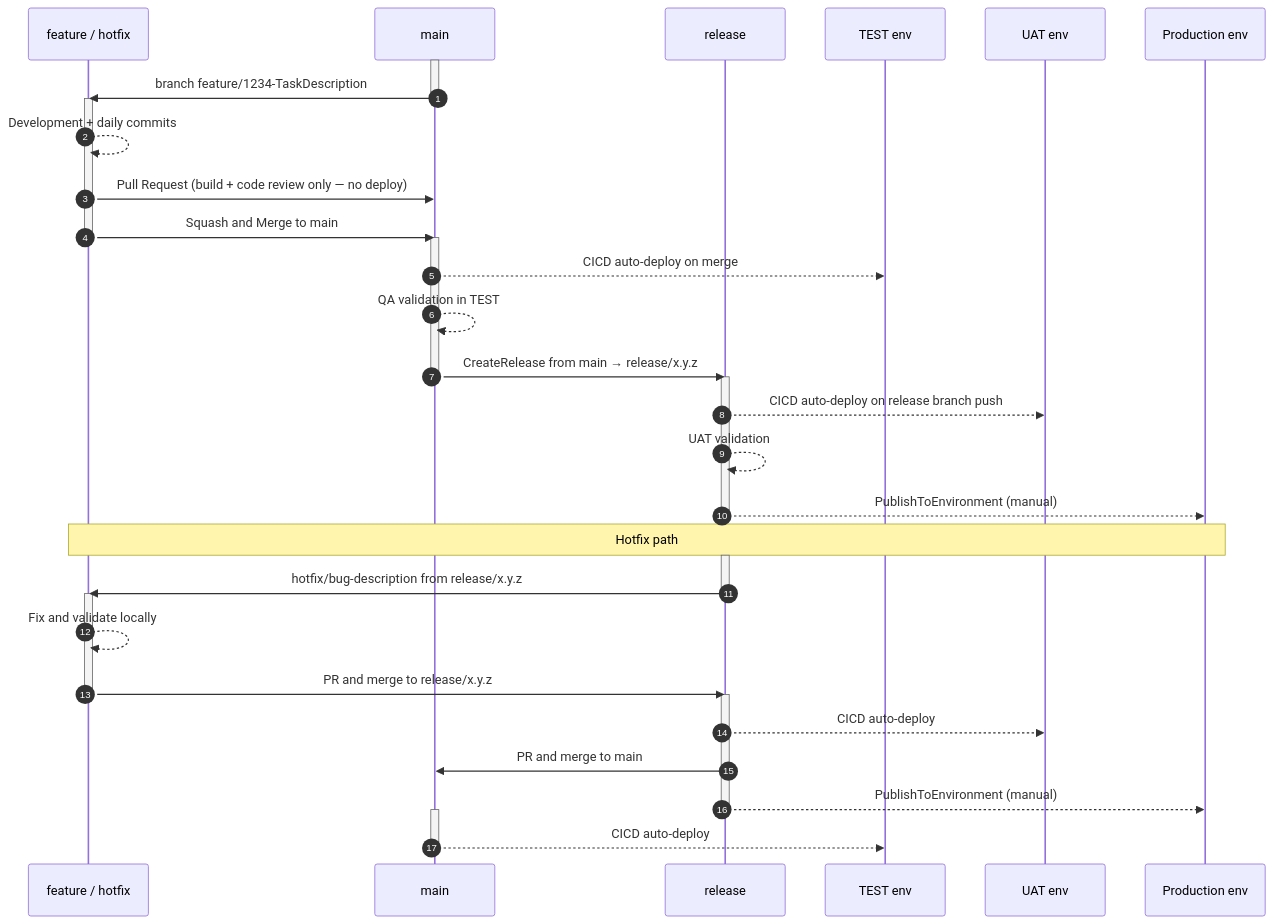
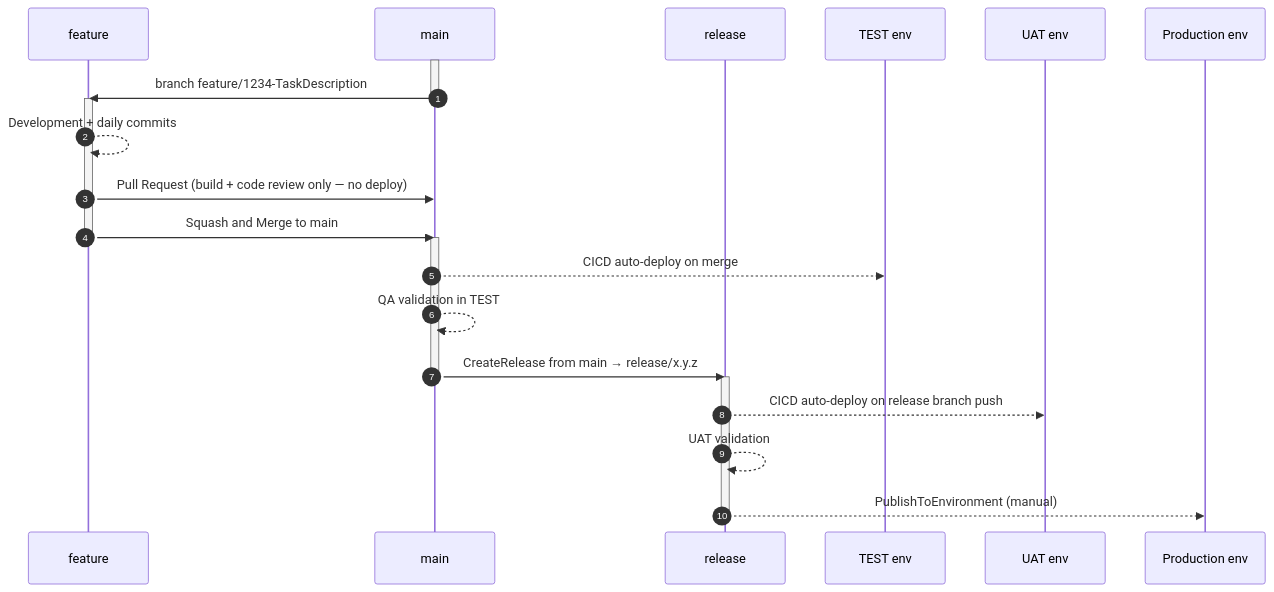
One commit to ciellosinc/Ciellos-BC-git-flow-template changed the second of 2 diagrams in Guides/ALGo-StandardDeployment.md. Above: the diagram before and after it, drawn with Mermaid. The commit also changed other lines of this file and 1 other file, not shown here.

Commit message:
Remove hotfix branch pattern; hotfixes use feature/* naming convention

````diff
--- a/Guides/ALGo-StandardDeployment.md
+++ b/Guides/ALGo-StandardDeployment.md
@@ -50,48 +50,32 @@
 ```mermaid
 sequenceDiagram
     autonumber
-    participant F as feature / hotfix
+    participant F as feature
     participant M as main
     participant R as release
     participant TEST as TEST env
     participant UAT as UAT env
     participant PROD as Production env
 
     activate M
     M->>F: branch feature/1234-TaskDescription
     deactivate M
     activate F
     F-->>F: Development + daily commits
     F->>M: Pull Request (build + code review only — no deploy)
     F->>M: Squash and Merge to main
     deactivate F
 
     activate M
     M-->>TEST: CICD auto-deploy on merge
     M-->>M: QA validation in TEST
     M->>R: CreateRelease from main → release/x.y.z
     deactivate M
 
     activate R
     R-->>UAT: CICD auto-deploy on release branch push
     R-->>R: UAT validation
     R-->>PROD: PublishToEnvironment (manual)
     deactivate R
 
-    Note over F,PROD: Hotfix path
-    activate R
-    R->>F: hotfix/bug-description from release/x.y.z
-    deactivate R
-    activate F
-    F-->>F: Fix and validate locally
-    F->>R: PR and merge to release/x.y.z
-    deactivate F
-    activate R
-    R-->>UAT: CICD auto-deploy
-    R->>M: PR and merge to main
-    R-->>PROD: PublishToEnvironment (manual)
-    deactivate R
-    activate M
-    M-->>TEST: CICD auto-deploy
-    deactivate M
 ```
````
